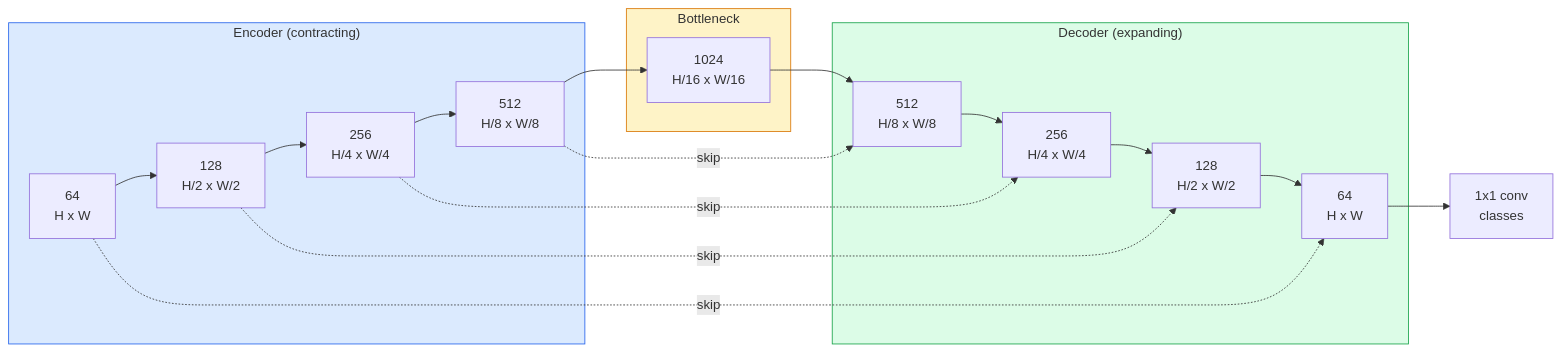
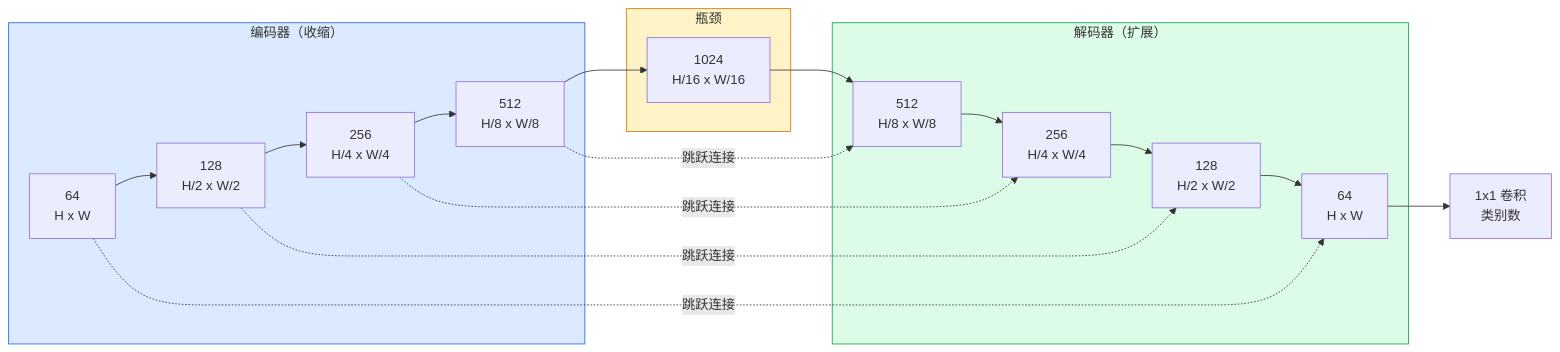
The second of 2 diagrams in lessons/04-computer-vision/07-semantic-segmentation-unet/docs/zh.md (guangningsun/ailearning), drawn with Mermaid before and after one commit. The commit also changed other lines of this file and 29 other files, not shown here.

````diff
--- a/lessons/04-computer-vision/07-semantic-segmentation-unet/docs/zh.md
+++ b/lessons/04-computer-vision/07-semantic-segmentation-unet/docs/zh.md
@@ -48,26 +48,26 @@
 ```mermaid
 flowchart LR
-    subgraph ENC["Encoder (contracting)"]
+    subgraph ENC["编码器（收缩）"]
         E1["64<br/>H x W"] --> E2["128<br/>H/2 x W/2"]
         E2 --> E3["256<br/>H/4 x W/4"]
         E3 --> E4["512<br/>H/8 x W/8"]
     end
-    subgraph BOT["Bottleneck"]
+    subgraph BOT["瓶颈"]
         B1["1024<br/>H/16 x W/16"]
     end
-    subgraph DEC["Decoder (expanding)"]
+    subgraph DEC["解码器（扩展）"]
         D4["512<br/>H/8 x W/8"] --> D3["256<br/>H/4 x W/4"]
         D3 --> D2["128<br/>H/2 x W/2"]
         D2 --> D1["64<br/>H x W"]
     end
     E4 --> B1 --> D4
-    E1 -. skip .-> D1
-    E2 -. skip .-> D2
-    E3 -. skip .-> D3
-    E4 -. skip .-> D4
-    D1 --> OUT["1x1 conv<br/>classes"]
+    E1 -.跳跃连接 .-> D1
+    E2 -. 跳跃连接 .-> D2
+    E3 -. 跳跃连接 .-> D3
+    E4 -. 跳跃连接 .-> D4
+    D1 --> OUT["1x1 卷积<br/>类别数"]
 
     style ENC fill:#dbeafe,stroke:#2563eb
     style BOT fill:#fef3c7,stroke:#d97706
     style DEC fill:#dcfce7,stroke:#16a34a
 ```
````
